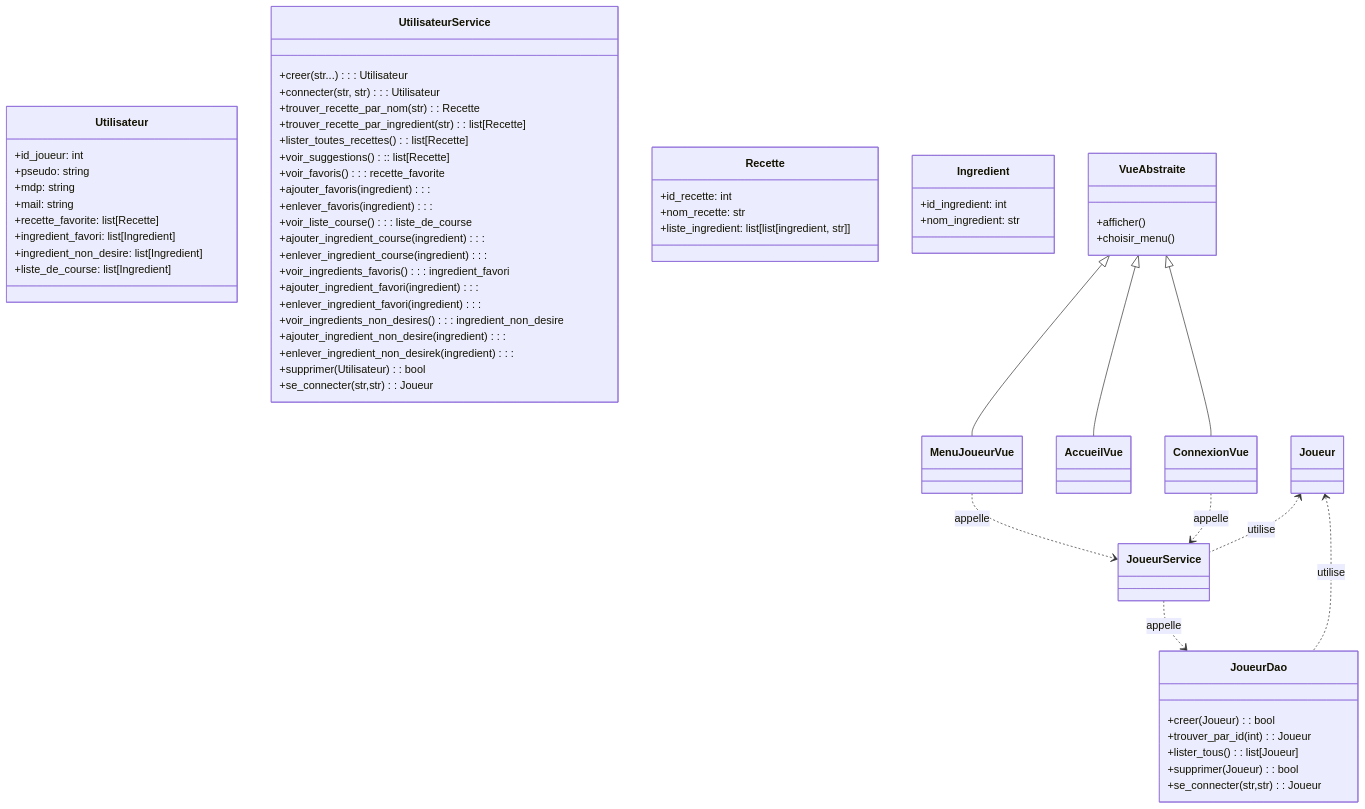
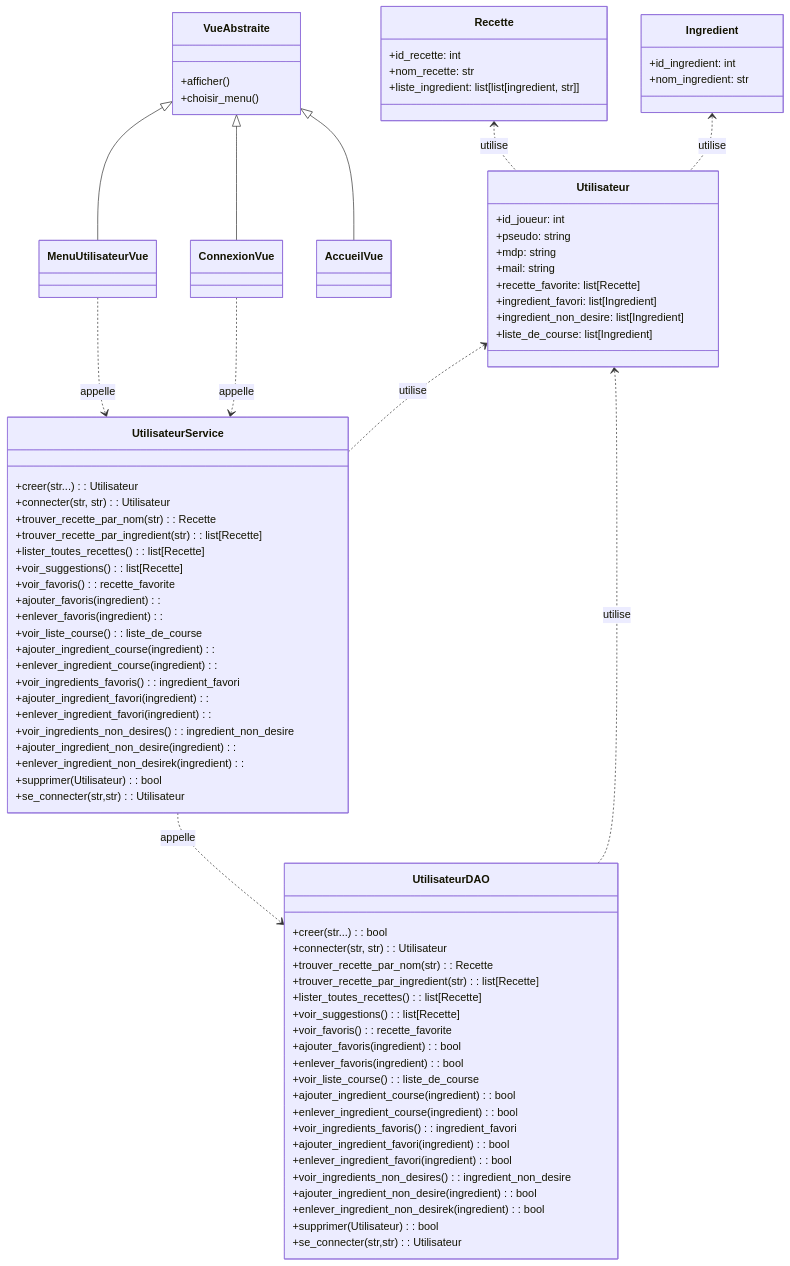
The diagram in doc/diagramme_de_classes.md (sayansuos/ENSAI-2A-projet-info), drawn with Mermaid before and after one commit.

````diff
--- a/doc/diagramme_de_classes.md
+++ b/doc/diagramme_de_classes.md
@@ -10,41 +10,61 @@
         +ingredient_non_desire: list[Ingredient]
         +liste_de_course: list[Ingredient]
     }
-    
-    class JoueurDao {
-        +creer(Joueur): bool
-        +trouver_par_id(int): Joueur
-        +lister_tous(): list[Joueur]
-        +supprimer(Joueur): bool
-        +se_connecter(str,str): Joueur
-    }
-    
-    class UtilisateurService {
-        +creer(str...) : : Utilisateur
-        +connecter(str, str) : : Utilisateur
+
+    class UtilisateurDAO {
+        +creer(str...): bool
+        +connecter(str, str): Utilisateur
         +trouver_recette_par_nom(str): Recette
         +trouver_recette_par_ingredient(str): list[Recette]
         +lister_toutes_recettes(): list[Recette]
-        +voir_suggestions() :: list[Recette]
+        +voir_suggestions(): list[Recette]
 
-        +voir_favoris() : : recette_favorite
-        +ajouter_favoris(ingredient) : : 
-        +enlever_favoris(ingredient) : :
+        +voir_favoris(): recette_favorite
+        +ajouter_favoris(ingredient): bool
+        +enlever_favoris(ingredient): bool
 
-        +voir_liste_course() : : liste_de_course
-        +ajouter_ingredient_course(ingredient) : : 
-        +enlever_ingredient_course(ingredient) : :
+        +voir_liste_course(): liste_de_course
+        +ajouter_ingredient_course(ingredient): bool
+        +enlever_ingredient_course(ingredient): bool
 
-        +voir_ingredients_favoris() : : ingredient_favori
-        +ajouter_ingredient_favori(ingredient) : : 
-        +enlever_ingredient_favori(ingredient) : :
+        +voir_ingredients_favoris(): ingredient_favori
+        +ajouter_ingredient_favori(ingredient): bool
+        +enlever_ingredient_favori(ingredient): bool
 
-        +voir_ingredients_non_desires() : : ingredient_non_desire
-        +ajouter_ingredient_non_desire(ingredient) : : 
-        +enlever_ingredient_non_desirek(ingredient) : : 
+        +voir_ingredients_non_desires(): ingredient_non_desire
+        +ajouter_ingredient_non_desire(ingredient): bool
+        +enlever_ingredient_non_desirek(ingredient): bool
 
         +supprimer(Utilisateur): bool
-        +se_connecter(str,str): Joueur
+        +se_connecter(str,str): Utilisateur
+    }
+
+    class UtilisateurService {
+        +creer(str...): Utilisateur
+        +connecter(str, str): Utilisateur
+        +trouver_recette_par_nom(str): Recette
+        +trouver_recette_par_ingredient(str): list[Recette]
+        +lister_toutes_recettes(): list[Recette]
+        +voir_suggestions(): list[Recette]
+
+        +voir_favoris(): recette_favorite
+        +ajouter_favoris(ingredient):
+        +enlever_favoris(ingredient):
+
+        +voir_liste_course(): liste_de_course
+        +ajouter_ingredient_course(ingredient):
+        +enlever_ingredient_course(ingredient):
+
+        +voir_ingredients_favoris(): ingredient_favori
+        +ajouter_ingredient_favori(ingredient):
+        +enlever_ingredient_favori(ingredient):
+
+        +voir_ingredients_non_desires(): ingredient_non_desire
+        +ajouter_ingredient_non_desire(ingredient):
+        +enlever_ingredient_non_desirek(ingredient):
+
+        +supprimer(Utilisateur): bool
+        +se_connecter(str,str): Utilisateur
     }
 
     class Recette {
@@ -52,13 +72,13 @@
         +nom_recette: str
         +liste_ingredient: list[list[ingredient, str]]
     }
-    
+
     class Ingredient {
         +id_ingredient: int
         +nom_ingredient: str
     }
 
-    class MenuJoueurVue {
+    class MenuUtilisateurVue {
     }
 
     class VueAbstraite{
@@ -68,10 +88,12 @@
 
     VueAbstraite <|-- AccueilVue
     VueAbstraite <|-- ConnexionVue
-    VueAbstraite <|-- MenuJoueurVue
-    MenuJoueurVue ..> JoueurService : appelle
-    ConnexionVue ..> JoueurService : appelle
-    JoueurService ..> JoueurDao : appelle
-    Joueur <.. JoueurService: utilise
-    Joueur <.. JoueurDao: utilise
+    VueAbstraite <|-- MenuUtilisateurVue
+    MenuUtilisateurVue ..> UtilisateurService : appelle
+    ConnexionVue ..> UtilisateurService : appelle
+    UtilisateurService ..> UtilisateurDAO : appelle
+    Utilisateur <.. UtilisateurService: utilise
+    Utilisateur <.. UtilisateurDAO: utilise
+    Recette <.. Utilisateur: utilise
+    Ingredient <.. Utilisateur: utilise
 ```
````
